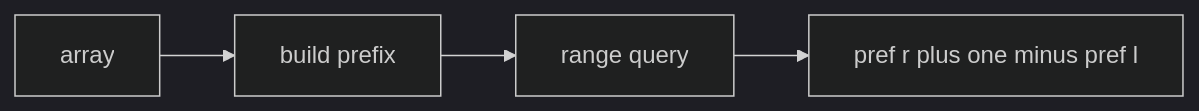
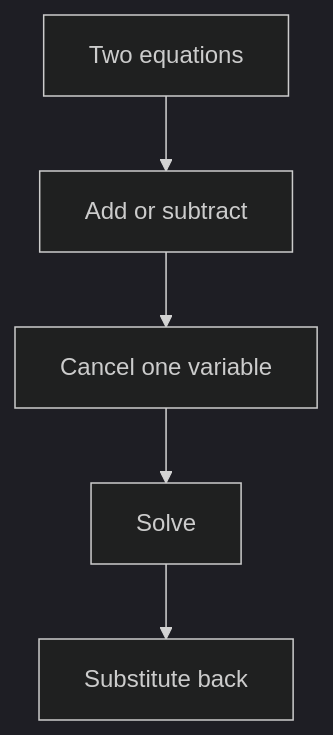
One commit to mthaiseer/springcloud-systemdesign-notes changed the eighth of 14 diagrams in CP_DSA_NOTES/000_MATH/001_cp_maths_basics.md. Above: the diagram before and after it, drawn with Mermaid (dark theme). The commit also changed other lines of this file and 1 other file, not shown here.

````diff
--- a/CP_DSA_NOTES/000_MATH/001_cp_maths_basics.md
+++ b/CP_DSA_NOTES/000_MATH/001_cp_maths_basics.md
@@ -383,6 +417,7 @@
 ```mermaid
-flowchart LR
-    A[array] --> B[build prefix]
-    B --> C[range query]
-    C --> D[pref r plus one minus pref l]
+flowchart TD
+    A[Two equations] --> B[Add or subtract]
+    B --> C[Cancel one variable]
+    C --> D[Solve]
+    D --> E[Substitute back]
 ```
````
